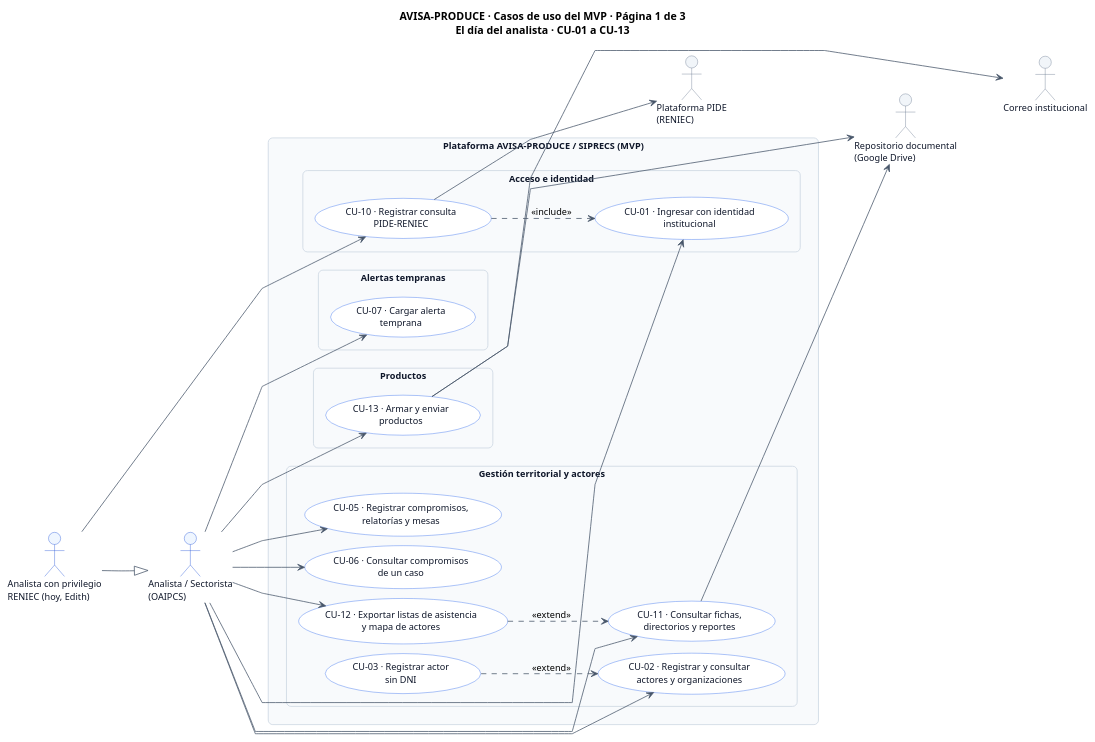
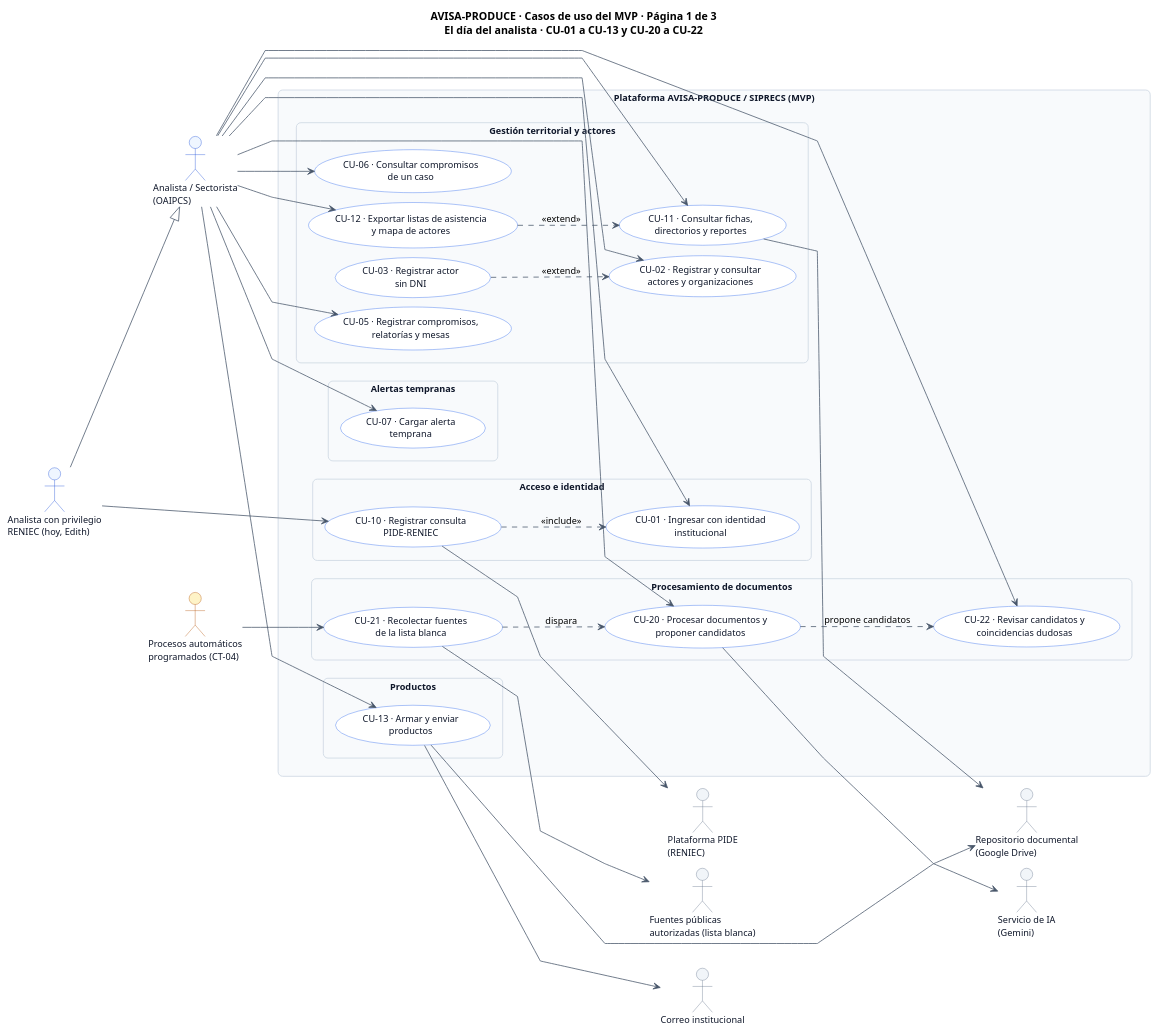
One commit to diegopaucarv/avisa changed the first of 4 diagrams in docs/casos_uso/AVISA_CASOS_USO.puml. Above: the diagram before and after it, drawn with PlantUML. The commit also changed other lines of this file and 30 other files, not shown here.

```diff
--- a/docs/casos_uso/AVISA_CASOS_USO.puml
+++ b/docs/casos_uso/AVISA_CASOS_USO.puml
@@ -22,125 +29,137 @@
 @startuml AVISA_CU_MVP_DIA
 left to right direction
 skinparam shadowing false
 skinparam roundcorner 12
 skinparam linetype polyline
 skinparam packageStyle rectangle
 skinparam defaultFontName Arial
 skinparam defaultFontSize 12
 skinparam nodesep 12
 skinparam ranksep 60
 
 skinparam rectangle {
   BackgroundColor #FFFFFF
   BorderColor #64748B
   FontColor #0F172A
   FontStyle bold
 }
 skinparam package {
   BackgroundColor #F8FAFC
   BorderColor #CBD5E1
   BorderStyle dashed
   FontColor #475569
   FontStyle bold
 }
 skinparam usecase {
   BackgroundColor #FFFFFF
   BorderColor #2563EB
   FontColor #0F172A
   ArrowColor #475569
 }
 skinparam actor {
   BackgroundColor #EFF6FF
   BorderColor #1D4ED8
   FontColor #0F172A
 }
 
-title AVISA-PRODUCE · Casos de uso del MVP · Página 1 de 3\nEl día del analista · CU-01 a CU-13
+title AVISA-PRODUCE · Casos de uso del MVP · Página 1 de 3\nEl día del analista · CU-01 a CU-13 y CU-20 a CU-22
 
 ' =========================================================
 ' 1. ACTORES PRIMARIOS (Izquierda)
 ' =========================================================
 actor "Analista / Sectorista\n(OAIPCS)" as analista #EFF6FF;line:1D4ED8
 actor "Analista con privilegio\nRENIEC (hoy, Edith)" as reniec #EFF6FF;line:1D4ED8
+actor "Procesos automáticos\nprogramados (CT-04)" as reloj #FEF3C7;line:B45309
 
 ' Herencia de roles: un solo CU-01 sirve a todos los perfiles
 reniec --|> analista
-
-reniec -[hidden]down-> analista
 
 ' =========================================================
 ' 2. FRONTERA DEL SISTEMA
 ' =========================================================
 rectangle "Plataforma AVISA-PRODUCE / SIPRECS (MVP)" {
 
   package "Acceso e identidad" {
     usecase "CU-01 · Ingresar con identidad\ninstitucional" as uc_login
     usecase "CU-10 · Registrar consulta\nPIDE-RENIEC" as uc_pide
   }
 
   package "Gestión territorial y actores" {
     usecase "CU-02 · Registrar y consultar\nactores y organizaciones" as uc_actores
     usecase "CU-03 · Registrar actor\nsin DNI" as uc_sin_dni
     usecase "CU-05 · Registrar compromisos,\nrelatorías y mesas" as uc_compromisos
     usecase "CU-06 · Consultar compromisos\nde un caso" as uc_cons_comp
     usecase "CU-11 · Consultar fichas,\ndirectorios y reportes" as uc_reportes
     usecase "CU-12 · Exportar listas de asistencia\ny mapa de actores" as uc_exportar
   }
 
   package "Alertas tempranas" {
     usecase "CU-07 · Cargar alerta\ntemprana" as uc_alerta
   }
 
   package "Productos" {
     usecase "CU-13 · Armar y enviar\nproductos" as uc_productos
   }
+
+  package "Procesamiento de documentos" {
+    usecase "CU-20 · Procesar documentos y\nproponer candidatos" as uc_procesar
+    usecase "CU-21 · Recolectar fuentes\nde la lista blanca" as uc_fuentes
+    usecase "CU-22 · Revisar candidatos y\ncoincidencias dudosas" as uc_revisar
+  }
 }
 
 ' =========================================================
 ' 3. SISTEMAS EXTERNOS QUE ESTA LÁMINA USA
 ' =========================================================
 actor "Plataforma PIDE\n(RENIEC)" as sys_pide #F1F5F9;line:64748B
 actor "Repositorio documental\n(Google Drive)" as sys_drive #F1F5F9;line:64748B
 actor "Correo institucional" as sys_mail #F1F5F9;line:64748B
-
-sys_pide -[hidden]down-> sys_drive
-sys_drive -[hidden]down-> sys_mail
+actor "Fuentes públicas\nautorizadas (lista blanca)" as sys_fuentes #F1F5F9;line:64748B
+actor "Servicio de IA\n(Gemini)" as sys_ai #F1F5F9;line:64748B
 
 ' =========================================================
 ' 4. RELACIONES ACTOR → CASO
 ' =========================================================
 analista --> uc_login
 reniec --> uc_pide
 
 analista --> uc_actores
 analista --> uc_compromisos
 analista --> uc_cons_comp
 analista --> uc_reportes
 analista --> uc_exportar
 analista --> uc_alerta
 analista --> uc_productos
 
+analista --> uc_procesar
+analista --> uc_revisar
+reloj --> uc_fuentes
+
 ' =========================================================
 ' 5. RELACIONES ENTRE CASOS
 ' =========================================================
 uc_sin_dni ..> uc_actores : <<extend>>
 uc_exportar ..> uc_reportes : <<extend>>
 uc_pide ..> uc_login : <<include>>
+uc_fuentes ..> uc_procesar : «dispara»
+uc_procesar ..> uc_revisar : «propone candidatos»
 
 ' =========================================================
 ' 6. INTEGRACIONES EXTERNAS
 ' =========================================================
 uc_pide --> sys_pide
 uc_reportes --> sys_drive
 uc_productos --> sys_drive
 uc_productos --> sys_mail
+uc_fuentes --> sys_fuentes
+uc_procesar --> sys_ai
 
 ' =========================================================
 ' 7. CONTROLES TRANSVERSALES (no son casos de uso · ERS §3.4)
 ' =========================================================
 
 
 
 
 
 @enduml
```
